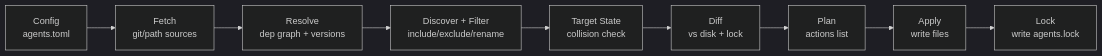
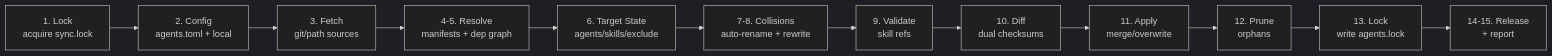
Before and after one commit to meridian-flow/meridian-cli: the second of 2 diagrams in .meridian/work/agent-package-management/design/rust-architecture.md, drawn with Mermaid (dark theme). The commit also changed other lines of this file, not shown here.

First line of the commit message:
Align rust-architecture.md with final design decisions

````diff
--- a/.meridian/work/agent-package-management/design/rust-architecture.md
+++ b/.meridian/work/agent-package-management/design/rust-architecture.md
@@ -590,11 +638,14 @@
 ```mermaid
 flowchart LR
-    A["Config<br/>agents.toml"] --> B["Fetch<br/>git/path sources"]
-    B --> C["Resolve<br/>dep graph + versions"]
-    C --> D["Discover + Filter<br/>include/exclude/rename"]
-    D --> E["Target State<br/>collision check"]
-    E --> F["Diff<br/>vs disk + lock"]
-    F --> G["Plan<br/>actions list"]
-    G --> H["Apply<br/>write files"]
-    H --> I["Lock<br/>write agents.lock"]
+    A["1. Lock<br/>acquire sync.lock"] --> B["2. Config<br/>agents.toml + local"]
+    B --> C["3. Fetch<br/>git/path sources"]
+    C --> D["4-5. Resolve<br/>manifests + dep graph"]
+    D --> E["6. Target State<br/>agents/skills/exclude"]
+    E --> F["7-8. Collisions<br/>auto-rename + rewrite"]
+    F --> G["9. Validate<br/>skill refs"]
+    G --> H["10. Diff<br/>dual checksums"]
+    H --> I["11. Apply<br/>merge/overwrite"]
+    I --> J["12. Prune<br/>orphans"]
+    J --> K["13. Lock<br/>write agents.lock"]
+    K --> L["14-15. Release<br/>+ report"]
 ```
````
